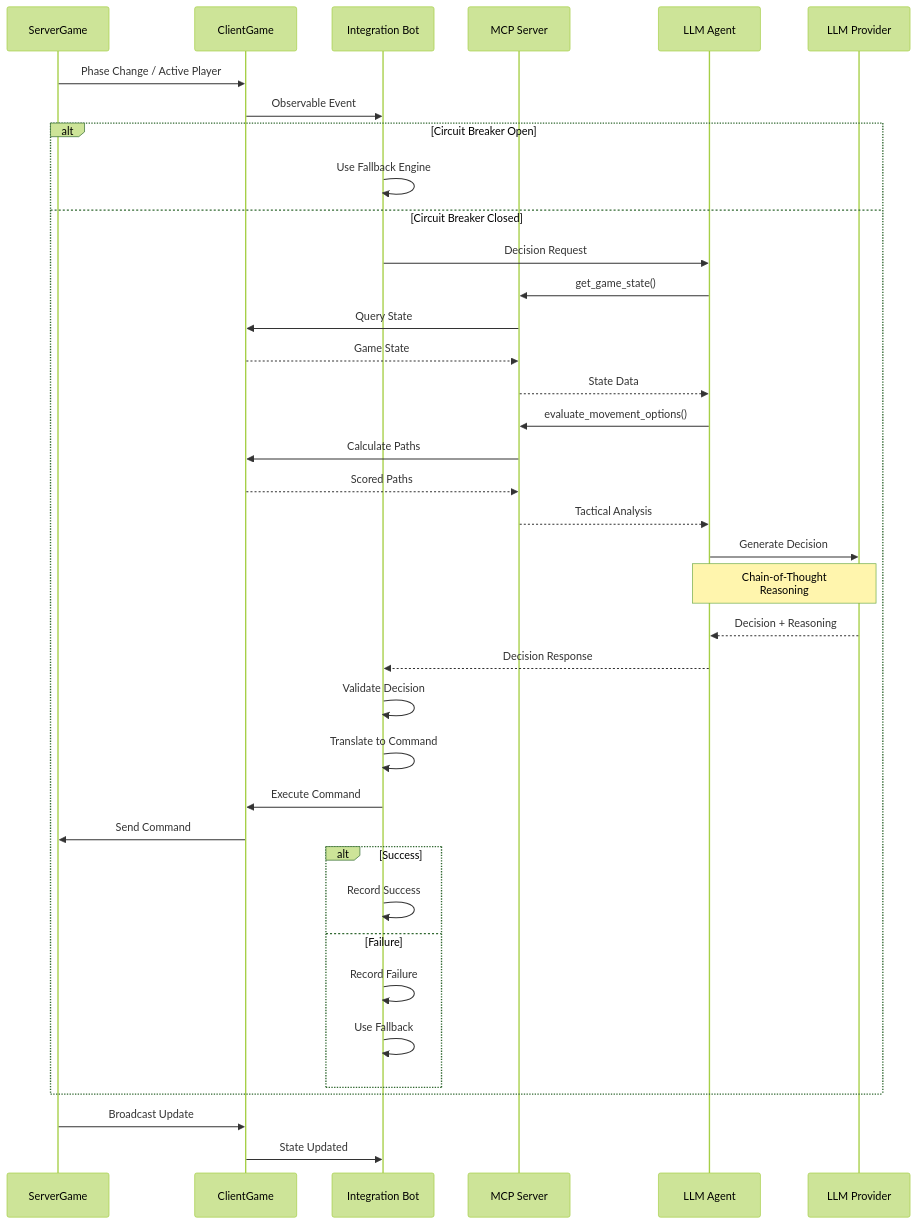
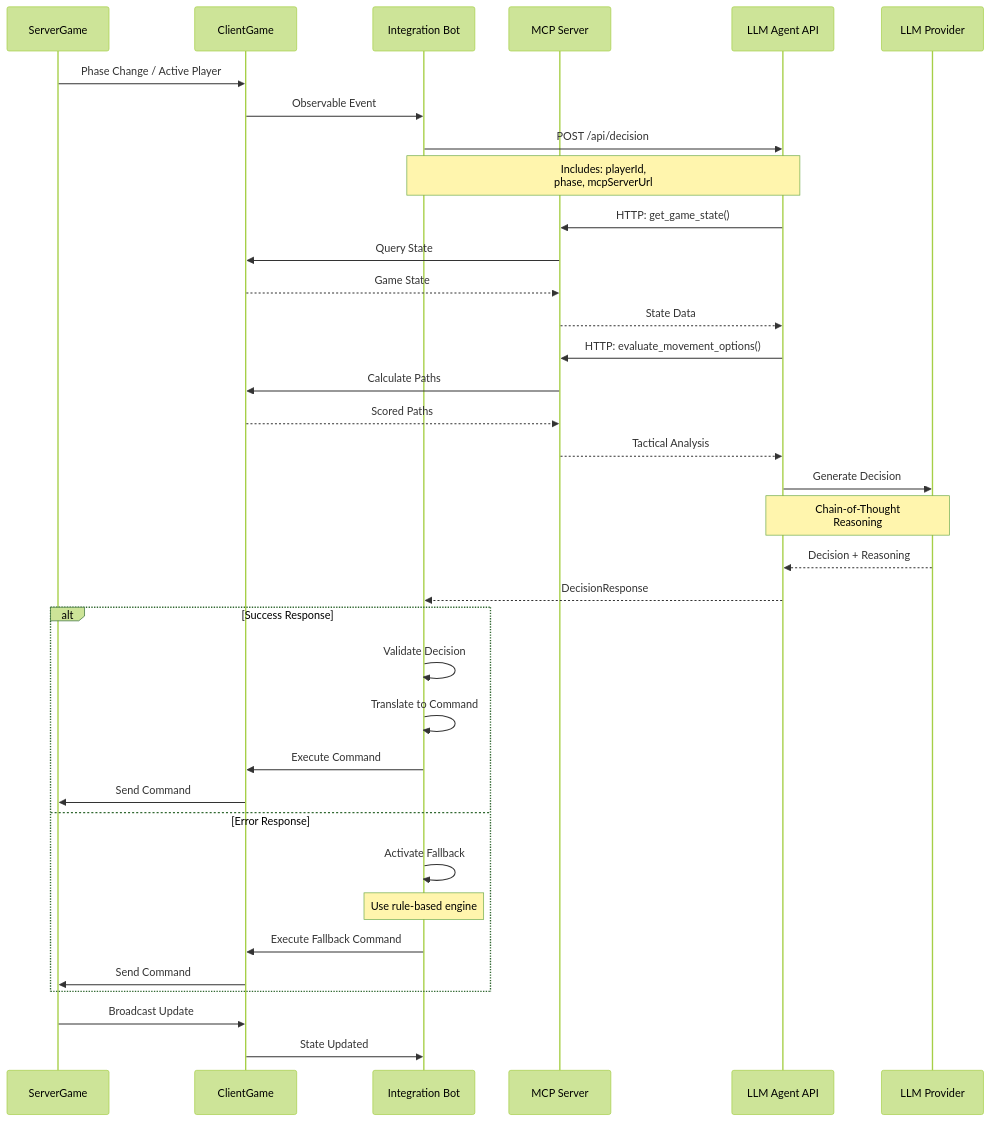
Before and after one commit to anton-makarevich/MakaMek: the diagram in docs/architecture/llm-bot-system-design.md, drawn with Mermaid (forest theme). The commit also changed other lines of this file, not shown here.

````diff
--- a/docs/architecture/llm-bot-system-design.md
+++ b/docs/architecture/llm-bot-system-design.md
@@ -270,49 +286,46 @@
 ```mermaid
 sequenceDiagram
     participant SG as ServerGame
     participant CG as ClientGame
     participant IB as Integration Bot
     participant MCP as MCP Server
-    participant Agent as LLM Agent
+    participant Agent as LLM Agent API
     participant LLM as LLM Provider
 
     SG->>CG: Phase Change / Active Player
     CG->>IB: Observable Event
 
-    alt Circuit Breaker Open
-        IB->>IB: Use Fallback Engine
-    else Circuit Breaker Closed
-        IB->>Agent: Decision Request
+    IB->>Agent: POST /api/decision
+    Note over IB,Agent: Includes: playerId,<br/>phase, mcpServerUrl
 
-        Agent->>MCP: get_game_state()
-        MCP->>CG: Query State
-        CG-->>MCP: Game State
-        MCP-->>Agent: State Data
+    Agent->>MCP: HTTP: get_game_state()
+    MCP->>CG: Query State
+    CG-->>MCP: Game State
+    MCP-->>Agent: State Data
 
-        Agent->>MCP: evaluate_movement_options()
-        MCP->>CG: Calculate Paths
-        CG-->>MCP: Scored Paths
-        MCP-->>Agent: Tactical Analysis
+    Agent->>MCP: HTTP: evaluate_movement_options()
+    MCP->>CG: Calculate Paths
+    CG-->>MCP: Scored Paths
+    MCP-->>Agent: Tactical Analysis
 
-        Agent->>LLM: Generate Decision
-        Note over Agent,LLM: Chain-of-Thought<br/>Reasoning
-        LLM-->>Agent: Decision + Reasoning
+    Agent->>LLM: Generate Decision
+    Note over Agent,LLM: Chain-of-Thought<br/>Reasoning
+    LLM-->>Agent: Decision + Reasoning
 
-        Agent-->>IB: Decision Response
+    Agent-->>IB: DecisionResponse
 
+    alt Success Response
         IB->>IB: Validate Decision
         IB->>IB: Translate to Command
         IB->>CG: Execute Command
         CG->>SG: Send Command
-
-        alt Success
-            IB->>IB: Record Success
-        else Failure
-            IB->>IB: Record Failure
-            IB->>IB: Use Fallback
-        end
+    else Error Response
+        IB->>IB: Activate Fallback
+        Note over IB: Use rule-based engine
+        IB->>CG: Execute Fallback Command
+        CG->>SG: Send Command
     end
 
     SG->>CG: Broadcast Update
     CG->>IB: State Updated
 ```
````
